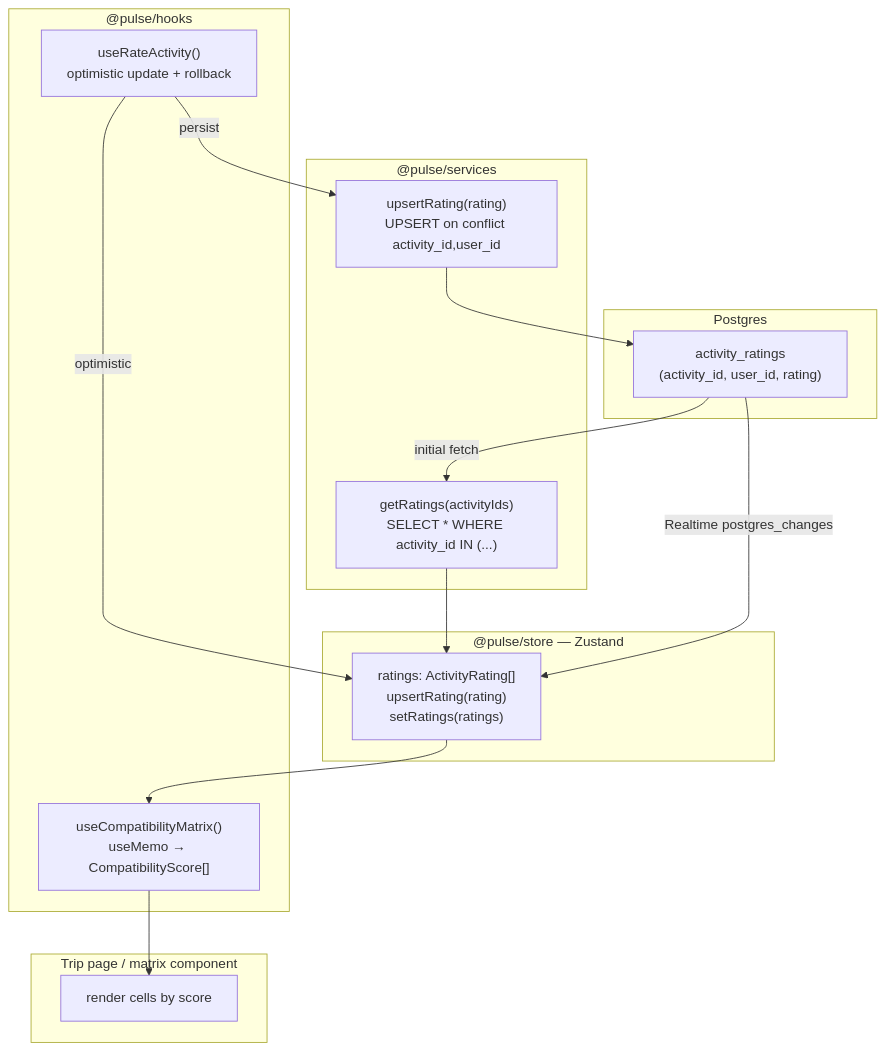
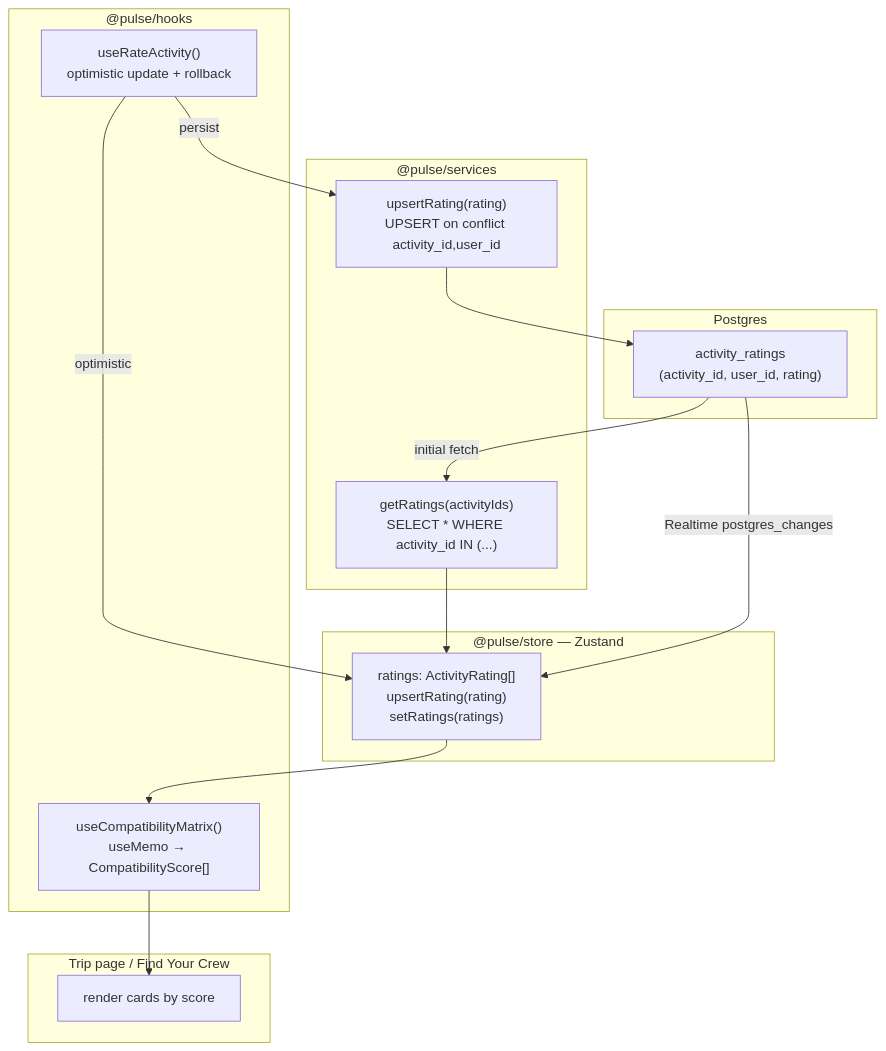
One commit to ChrisPipitone/pulse-travel changed the second of 3 diagrams in docs/RATING_MATRIX.md. Above: the diagram before and after it, drawn with Mermaid. The commit also changed other lines of this file and 11 other files, not shown here.

````diff
--- a/docs/RATING_MATRIX.md
+++ b/docs/RATING_MATRIX.md
@@ -52,33 +54,33 @@
 ```mermaid
 flowchart TD
     subgraph db["Postgres"]
         AR["activity_ratings\n(activity_id, user_id, rating)"]
     end
 
     subgraph service["@pulse/services"]
         GR["getRatings(activityIds)\nSELECT * WHERE activity_id IN (...)"]
         UR["upsertRating(rating)\nUPSERT on conflict activity_id,user_id"]
     end
 
     subgraph store["@pulse/store — Zustand"]
         ST["ratings: ActivityRating[]\nupsertRating(rating)\nsetRatings(ratings)"]
     end
 
     subgraph hooks["@pulse/hooks"]
         CM["useCompatibilityMatrix()\nuseMemo → CompatibilityScore[]"]
         RA["useRateActivity()\noptimistic update + rollback"]
     end
 
-    subgraph ui["Trip page / matrix component"]
-        UI["render cells by score"]
+    subgraph ui["Trip page / Find Your Crew"]
+        UI["render cards by score"]
     end
 
     AR -->|initial fetch| GR
     GR --> ST
     RA -->|optimistic| ST
     RA -->|persist| UR
     UR --> AR
     AR -->|Realtime postgres_changes| ST
     ST --> CM
     CM --> UI
 ```
````
